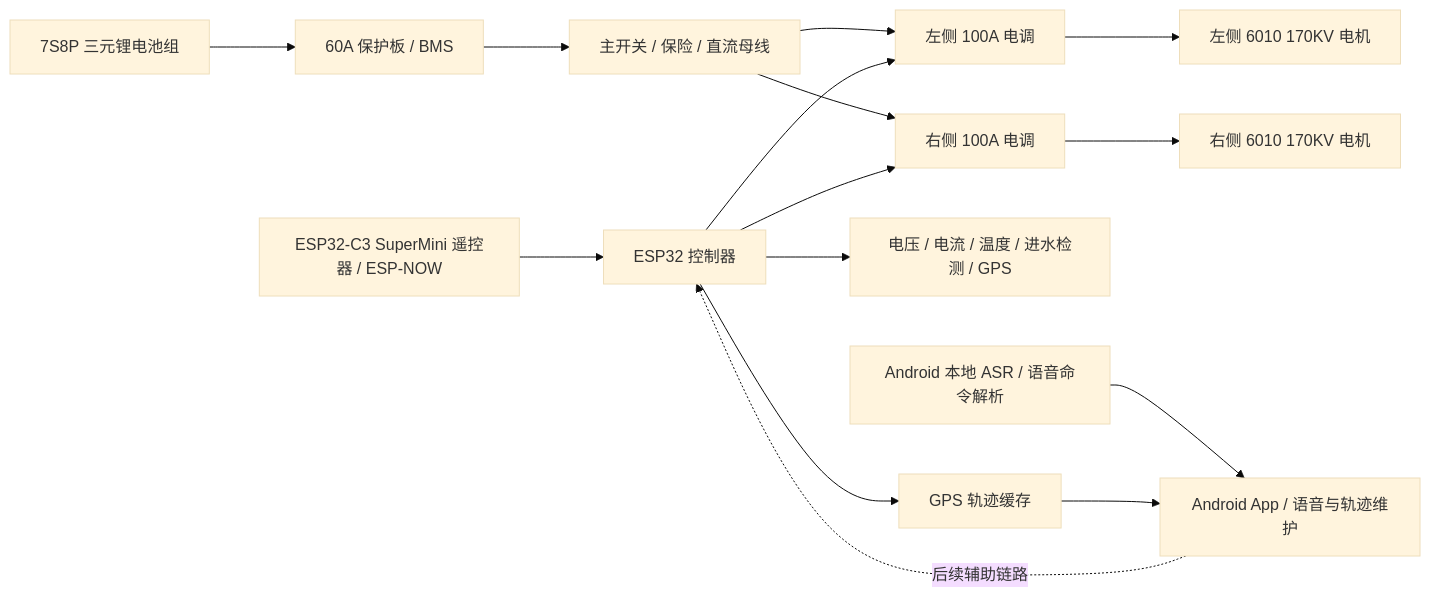
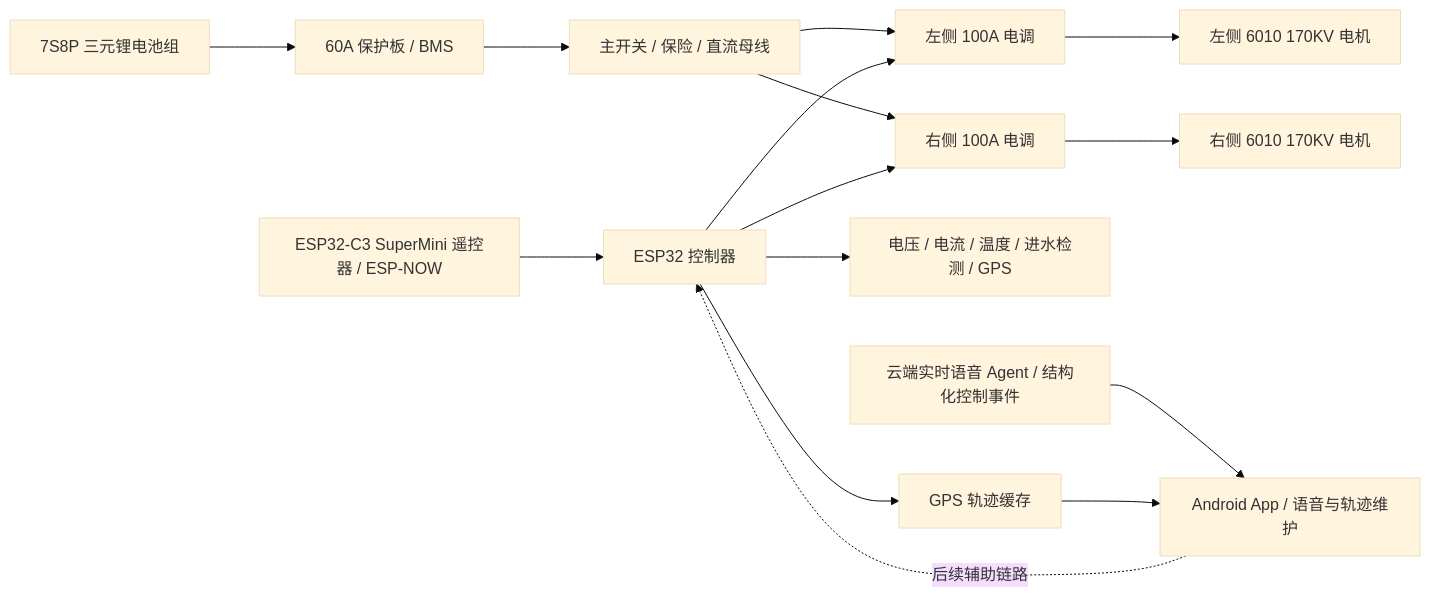
Before and after one commit to mosanwan/smart_sup: the diagram in docs/system_overview.md, drawn with Mermaid (base theme). The commit also changed other lines of this file and 33 other files, not shown here.

````diff
--- a/docs/system_overview.md
+++ b/docs/system_overview.md
@@ -9,17 +9,17 @@
 ```mermaid
 flowchart LR
     Battery["7S8P 三元锂电池组"] --> BMS["60A 保护板 / BMS"]
     BMS --> Power["主开关 / 保险 / 直流母线"]
     Power --> ESC_L["左侧 100A 电调"]
     Power --> ESC_R["右侧 100A 电调"]
     ESC_L --> Motor_L["左侧 6010 170KV 电机"]
     ESC_R --> Motor_R["右侧 6010 170KV 电机"]
     Controller["ESP32 控制器"] --> ESC_L
     Controller --> ESC_R
     Controller --> Sensors["电压 / 电流 / 温度 / 进水检测 / GPS"]
     Remote["ESP32-C3 SuperMini 遥控器 / ESP-NOW"] --> Controller
-    Voice["Android 本地 ASR / 语音命令解析"] --> Android["Android App / 语音与轨迹维护"]
+    Voice["云端实时语音 Agent / 结构化控制事件"] --> Android["Android App / 语音与轨迹维护"]
     Android -. "后续辅助链路" .-> Controller
     Controller --> TrackLog["GPS 轨迹缓存"]
     TrackLog --> Android
 ```
````
